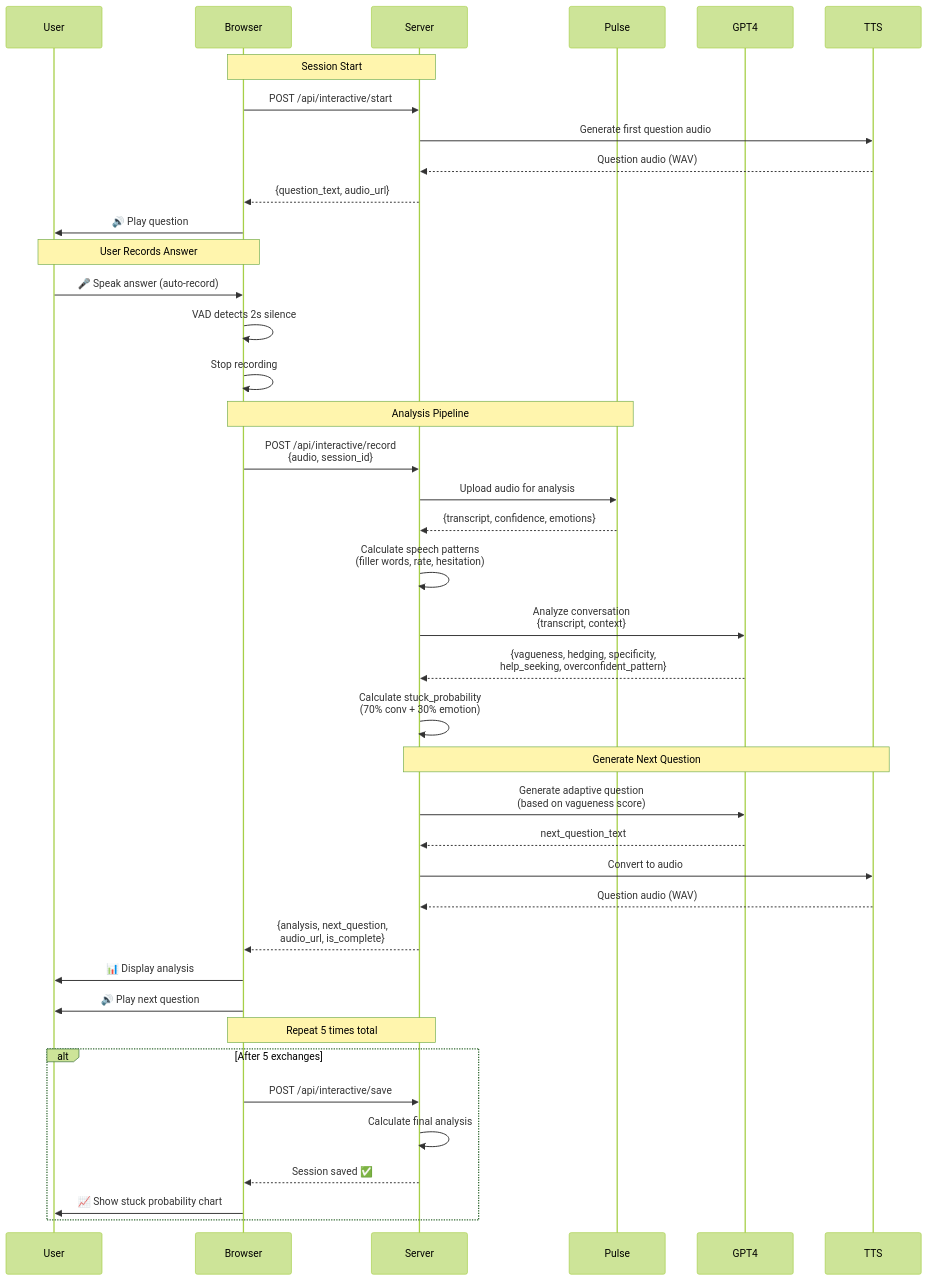
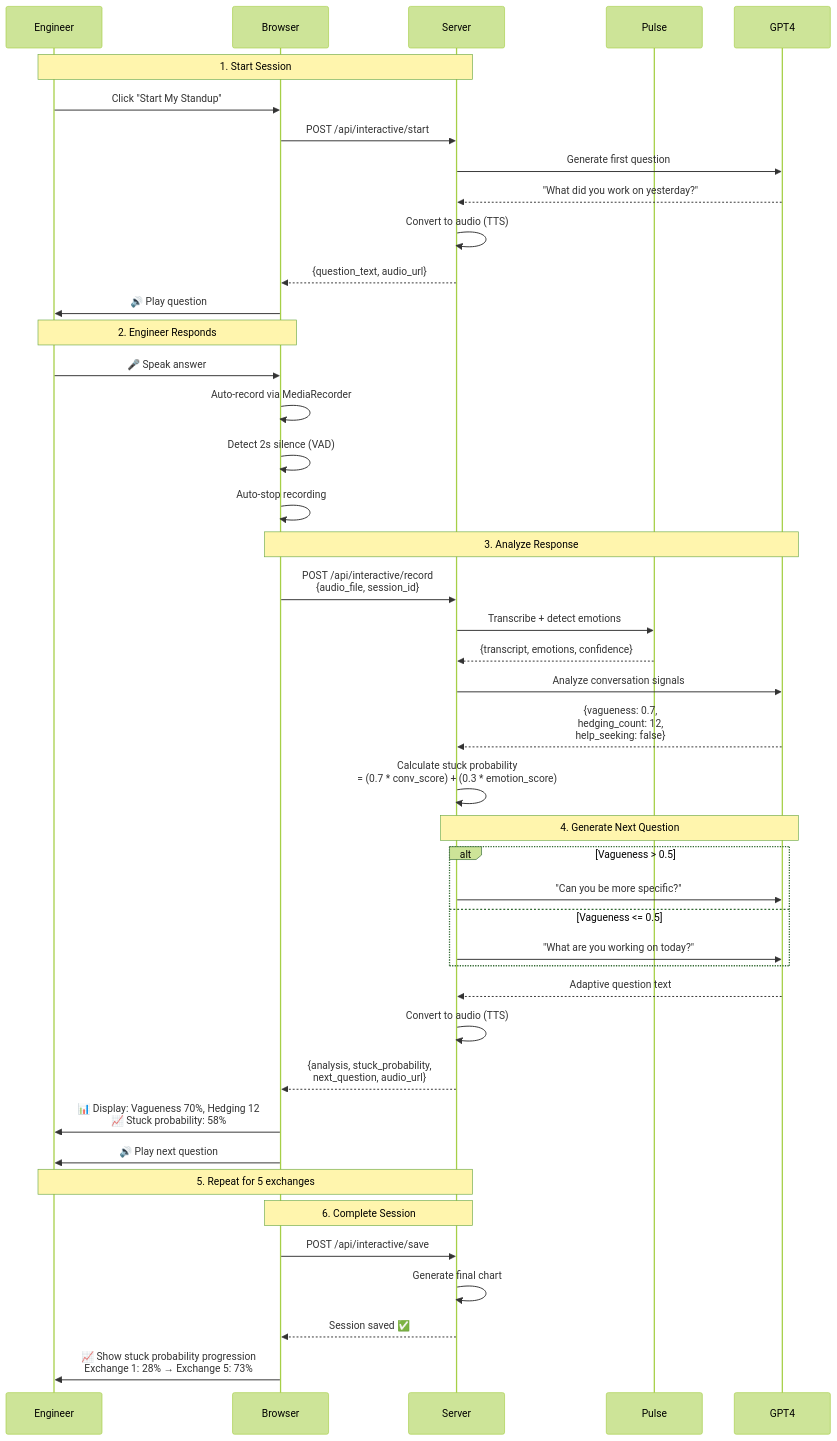
Before and after one commit to lightshadow1/standup_buddy: the second of 2 diagrams in README.md, drawn with Mermaid (forest theme). The commit also changed other lines of this file, not shown here.

Commit message:
docs: update diagrams to show real user flow (no AI personas)
- Focus on engineer using Live Mode with their own voice
- Add numbered steps to block diagram (1-13)
- Separate GPT-4 and TTS in block diagram for clarity
- Update sequence diagram with realistic values and adaptive questioning
- Show concrete examples: vagueness 70%, stuck probability 58%
- Demonstrate progression: 28% → 73% across 5 exchanges
- Remove AI persona references to focus on core user experience

````diff
--- a/README.md
+++ b/README.md
@@ -42,52 +44,54 @@
 ```mermaid
 sequenceDiagram
-    participant User
+    participant Engineer
     participant Browser
     participant Server
     participant Pulse
     participant GPT4
-    participant TTS
     
-    Note over Browser,Server: Session Start
+    Note over Engineer,Server: 1. Start Session
+    Engineer->>Browser: Click "Start My Standup"
     Browser->>Server: POST /api/interactive/start
-    Server->>TTS: Generate first question audio
-    TTS-->>Server: Question audio (WAV)
+    Server->>GPT4: Generate first question
+    GPT4-->>Server: "What did you work on yesterday?"
+    Server->>Server: Convert to audio (TTS)
     Server-->>Browser: {question_text, audio_url}
-    Browser->>User: 🔊 Play question
+    Browser->>Engineer: 🔊 Play question
     
-    Note over User,Browser: User Records Answer
-    User->>Browser: 🎤 Speak answer (auto-record)
-    Browser->>Browser: VAD detects 2s silence
-    Browser->>Browser: Stop recording
+    Note over Engineer,Browser: 2. Engineer Responds
+    Engineer->>Browser: 🎤 Speak answer
+    Browser->>Browser: Auto-record via MediaRecorder
+    Browser->>Browser: Detect 2s silence (VAD)
+    Browser->>Browser: Auto-stop recording
     
-    Note over Browser,Pulse: Analysis Pipeline
-    Browser->>Server: POST /api/interactive/record<br/>{audio, session_id}
-    Server->>Pulse: Upload audio for analysis
-    Pulse-->>Server: {transcript, confidence, emotions}
+    Note over Browser,GPT4: 3. Analyze Response
+    Browser->>Server: POST /api/interactive/record<br/>{audio_file, session_id}
+    Server->>Pulse: Transcribe + detect emotions
+    Pulse-->>Server: {transcript, emotions, confidence}
     
-    Server->>Server: Calculate speech patterns<br/>(filler words, rate, hesitation)
+    Server->>GPT4: Analyze conversation signals
+    GPT4-->>Server: {vagueness: 0.7,<br/>hedging_count: 12,<br/>help_seeking: false}
     
-    Server->>GPT4: Analyze conversation<br/>{transcript, context}
-    GPT4-->>Server: {vagueness, hedging, specificity,<br/>help_seeking, overconfident_pattern}
+    Server->>Server: Calculate stuck probability<br/>= (0.7 * conv_score) + (0.3 * emotion_score)
     
-    Server->>Server: Calculate stuck_probability<br/>(70% conv + 30% emotion)
+    Note over Server,GPT4: 4. Generate Next Question
+    alt Vagueness > 0.5
+        Server->>GPT4: "Can you be more specific?"
+    else Vagueness <= 0.5
+        Server->>GPT4: "What are you working on today?"
+    end
+    GPT4-->>Server: Adaptive question text
+    Server->>Server: Convert to audio (TTS)
     
-    Note over Server,TTS: Generate Next Question
-    Server->>GPT4: Generate adaptive question<br/>(based on vagueness score)
-    GPT4-->>Server: next_question_text
-    Server->>TTS: Convert to audio
-    TTS-->>Server: Question audio (WAV)
+    Server-->>Browser: {analysis, stuck_probability,<br/>next_question, audio_url}
+    Browser->>Engineer: 📊 Display: Vagueness 70%, Hedging 12<br/>📈 Stuck probability: 58%
+    Browser->>Engineer: 🔊 Play next question
     
-    Server-->>Browser: {analysis, next_question,<br/>audio_url, is_complete}
-    Browser->>User: 📊 Display analysis
-    Browser->>User: 🔊 Play next question
+    Note over Engineer,Server: 5. Repeat for 5 exchanges
     
-    Note over Browser,Server: Repeat 5 times total
-    
-    alt After 5 exchanges
-        Browser->>Server: POST /api/interactive/save
-        Server->>Server: Calculate final analysis
-        Server-->>Browser: Session saved ✅
-        Browser->>User: 📈 Show stuck probability chart
-    end
+    Note over Browser,Server: 6. Complete Session
+    Browser->>Server: POST /api/interactive/save
+    Server->>Server: Generate final chart
+    Server-->>Browser: Session saved ✅
+    Browser->>Engineer: 📈 Show stuck probability progression<br/>Exchange 1: 28% → Exchange 5: 73%
 ```
````
